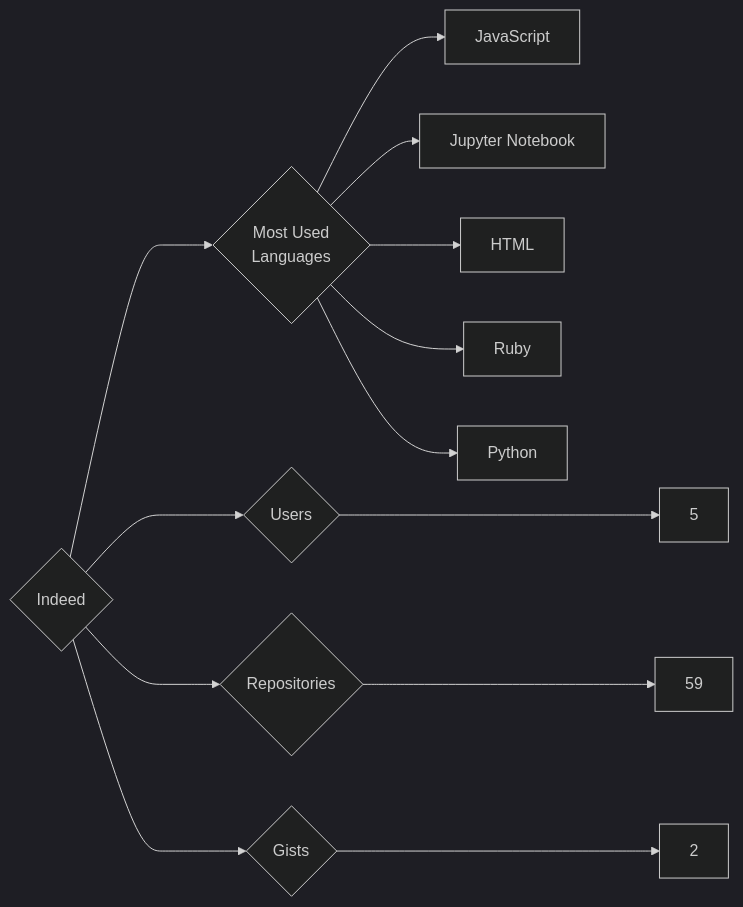
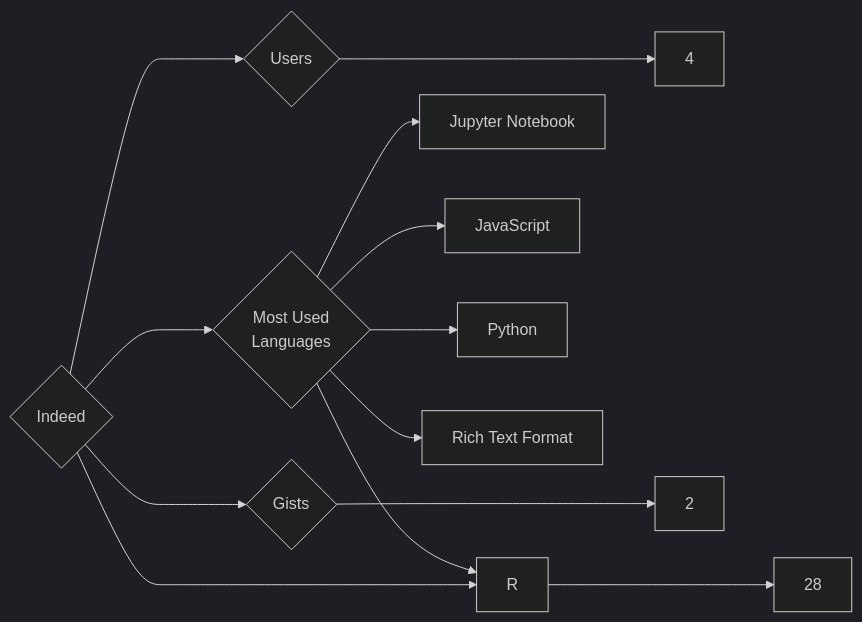
The diagram in targets/Indeed/README.md (trickest/insiders), drawn with Mermaid (dark theme) before and after one commit. The commit also changed 699 other files, not shown here.

````diff
--- a/targets/Indeed/README.md
+++ b/targets/Indeed/README.md
@@ -3,13 +3,13 @@
 ```mermaid
 graph LR
 COMPANY_NAME{Indeed}
-COMPANY_NAME ---> U{Users} ---> UN[5]
-COMPANY_NAME ---> R{Repositories} ---> RN[59]
+COMPANY_NAME ---> U{Users} ---> UN[4]
+COMPANY_NAME ---> R{Repositories} ---> RN[28]
 COMPANY_NAME ---> G{Gists} ---> GN[2]
 COMPANY_NAME ---> ML{Most Used<br>Languages}
+ML --> Jupyter_Notebook[Jupyter Notebook]
 ML --> JavaScript[JavaScript]
-ML --> Jupyter_Notebook[Jupyter Notebook]
-ML --> HTML[HTML]
-ML --> Ruby[Ruby]
 ML --> Python[Python]
+ML --> Rich_Text_Format[Rich Text Format]
+ML --> R[R]
 ```
````
